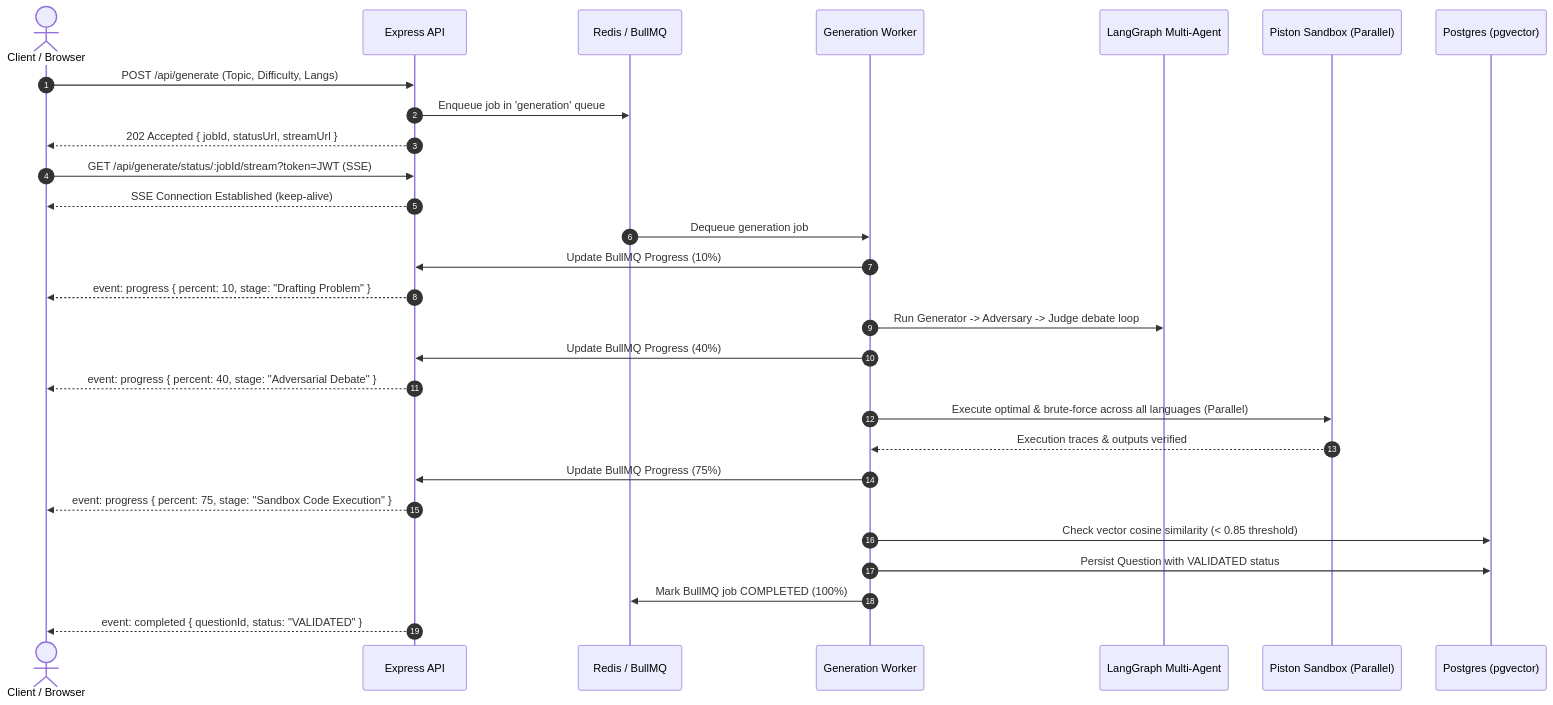
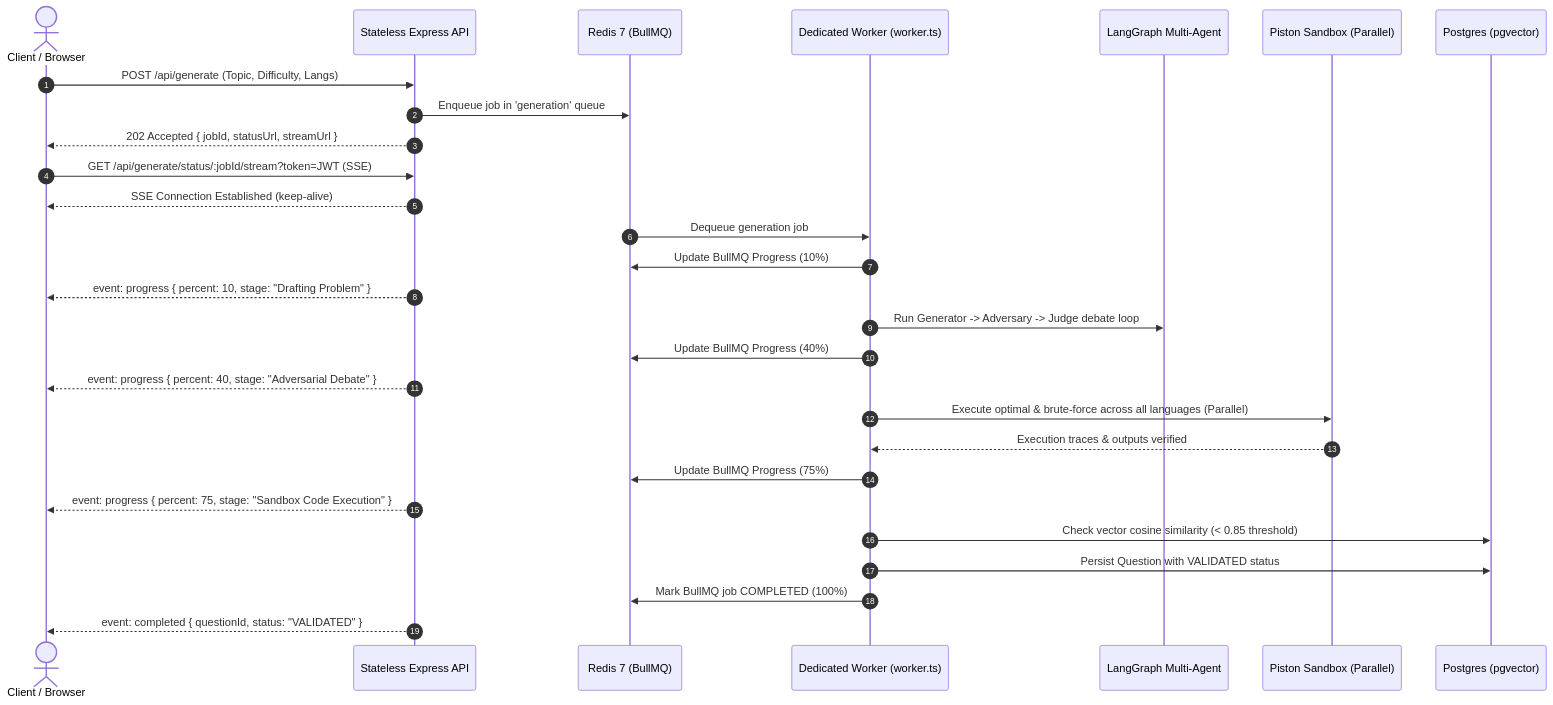
The second of 9 diagrams in README.md (yashsrivastava1408/QuestionForge), drawn with Mermaid before and after one commit. The commit also changed other lines of this file and 164 other files, not shown here.

````diff
--- a/README.md
+++ b/README.md
@@ -172,36 +276,36 @@
 ```mermaid
 sequenceDiagram
     autonumber
     actor User as Client / Browser
-    participant API as Express API
-    participant Redis as Redis / BullMQ
-    participant Worker as Generation Worker
+    participant API as Stateless Express API
+    participant Redis as Redis 7 (BullMQ)
+    participant Worker as Dedicated Worker (worker.ts)
     participant LangGraph as LangGraph Multi-Agent
     participant Sandbox as Piston Sandbox (Parallel)
     participant DB as Postgres (pgvector)
 
     User->>API: POST /api/generate (Topic, Difficulty, Langs)
     API->>Redis: Enqueue job in 'generation' queue
     API-->>User: 202 Accepted { jobId, statusUrl, streamUrl }
 
     User->>API: GET /api/generate/status/:jobId/stream?token=JWT (SSE)
     API-->>User: SSE Connection Established (keep-alive)
 
     Redis->>Worker: Dequeue generation job
-    Worker->>API: Update BullMQ Progress (10%)
+    Worker->>Redis: Update BullMQ Progress (10%)
     API-->>User: event: progress { percent: 10, stage: "Drafting Problem" }
 
     Worker->>LangGraph: Run Generator -> Adversary -> Judge debate loop
-    Worker->>API: Update BullMQ Progress (40%)
+    Worker->>Redis: Update BullMQ Progress (40%)
     API-->>User: event: progress { percent: 40, stage: "Adversarial Debate" }
 
     Worker->>Sandbox: Execute optimal & brute-force across all languages (Parallel)
     Sandbox-->>Worker: Execution traces & outputs verified
-    Worker->>API: Update BullMQ Progress (75%)
+    Worker->>Redis: Update BullMQ Progress (75%)
     API-->>User: event: progress { percent: 75, stage: "Sandbox Code Execution" }
 
     Worker->>DB: Check vector cosine similarity (< 0.85 threshold)
     Worker->>DB: Persist Question with VALIDATED status
     Worker->>Redis: Mark BullMQ job COMPLETED (100%)
     API-->>User: event: completed { questionId, status: "VALIDATED" }
 ```
````
